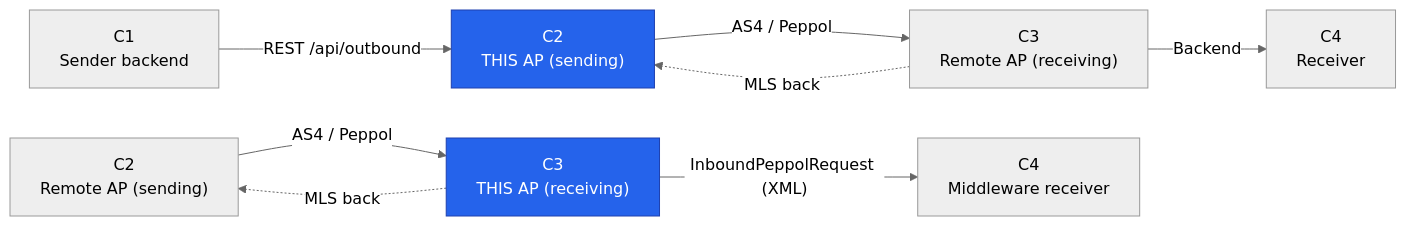
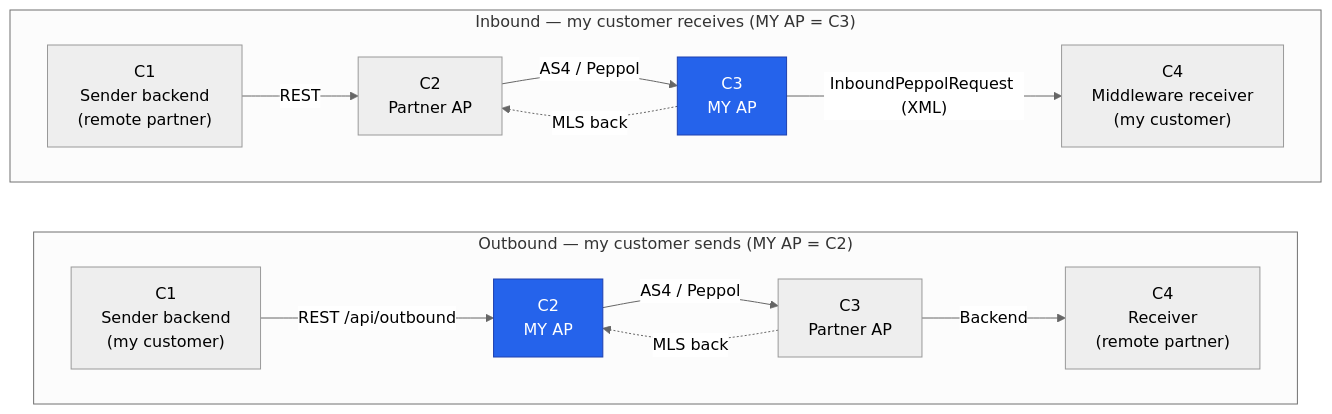
Before and after one commit to RostigerN4gel/peppol-ap: the first of 4 diagrams in docs/communication-flows.md, drawn with Mermaid (neutral theme). The commit also changed other lines of this file and 2 other files, not shown here.

Commit message:
Move CUSTOMIZATIONS.md under docs
Relocates `CUSTOMIZATIONS.md` to `docs/` and updates all references in `CLAUDE.md` and `docs/communication-flows.md` to the new path. Also improves the communication-flow documentation by clarifying Peppol 4-corner role semantics by message direction and updating the Mermaid diagram to distinguish outbound/inbound roles more clearly.

````diff
--- a/docs/communication-flows.md
+++ b/docs/communication-flows.md
@@ -19,15 +28,22 @@
 ```mermaid
 flowchart LR
-    C1["C1<br/>Sender backend"] -->|"REST /api/outbound"| C2["C2<br/>THIS AP (sending)"]
-    C2 -->|"AS4 / Peppol"| C3["C3<br/>Remote AP (receiving)"]
-    C3 -->|Backend| C4["C4<br/>Receiver"]
+    subgraph OUT["Outbound — my customer sends (MY AP = C2)"]
+      direction LR
+      O1["C1<br/>Sender backend<br/>(my customer)"] -->|"REST /api/outbound"| O2["C2<br/>MY AP"]
+      O2 -->|"AS4 / Peppol"| O3["C3<br/>Partner AP"]
+      O3 -->|Backend| O4["C4<br/>Receiver<br/>(remote partner)"]
+    end
 
-    RC2["C2<br/>Remote AP (sending)"] -->|"AS4 / Peppol"| RC3["C3<br/>THIS AP (receiving)"]
-    RC3 -->|"InboundPeppolRequest (XML)"| RC4["C4<br/>Middleware receiver"]
+    subgraph IN["Inbound — my customer receives (MY AP = C3)"]
+      direction LR
+      I1["C1<br/>Sender backend<br/>(remote partner)"] -->|"REST"| I2["C2<br/>Partner AP"]
+      I2 -->|"AS4 / Peppol"| I3["C3<br/>MY AP"]
+      I3 -->|"InboundPeppolRequest (XML)"| I4["C4<br/>Middleware receiver<br/>(my customer)"]
+    end
 
-    RC3 -.->|"MLS back"| RC2
-    C3 -.->|"MLS back"| C2
+    O3 -.->|"MLS back"| O2
+    I3 -.->|"MLS back"| I2
 
     classDef me fill:#2563eb,stroke:#1e40af,color:#fff;
-    class C2,RC3 me;
+    class O2,I3 me;
 ```
````
